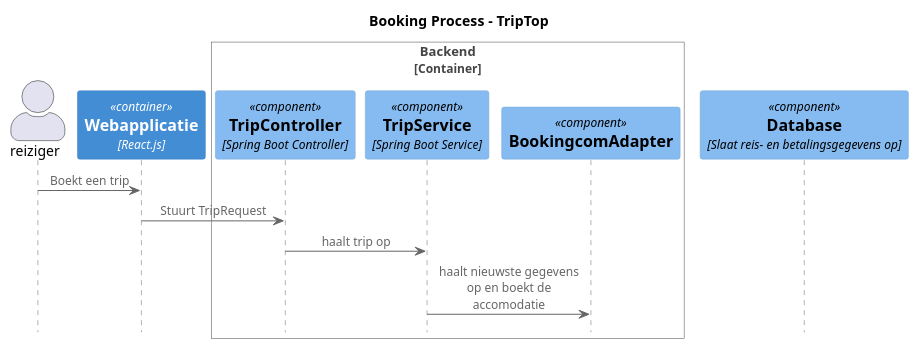
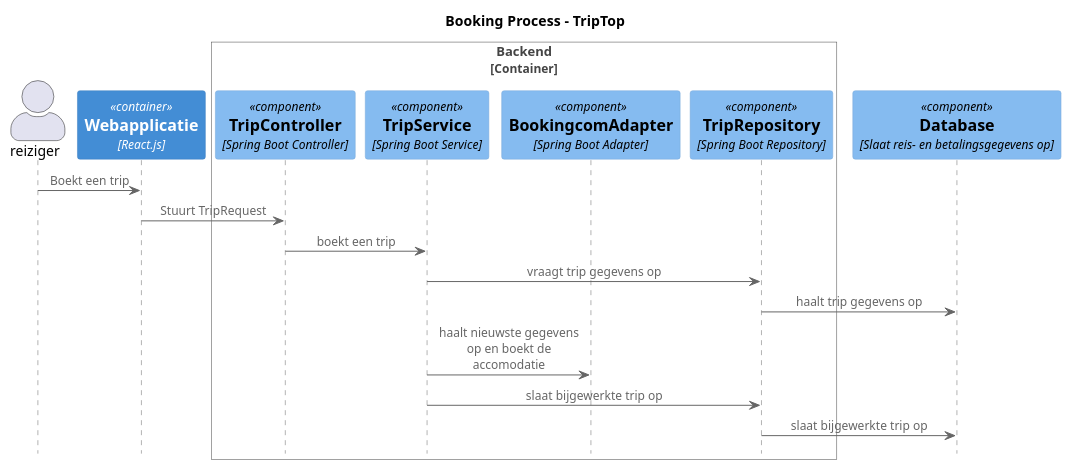
The diagram in eigen-bijdrage-siebe/DesignPattern/sequenceontwerpvraag.puml (AIM-ENE-feb25/triptop-livingin-s-pain-nouri-siebe-boris), drawn with PlantUML before and after one commit. The commit also changed 6 other files, not shown here.

```diff
--- a/eigen-bijdrage-siebe/DesignPattern/sequenceontwerpvraag.puml
+++ b/eigen-bijdrage-siebe/DesignPattern/sequenceontwerpvraag.puml
@@ -1,25 +1,30 @@
 @startuml
 !include https://raw.githubusercontent.com/plantuml-stdlib/C4-PlantUML/master/C4_Sequence.puml
 title Booking Process - TripTop
 
 actor reiziger
 
 
     Container(webApp, "Webapplicatie", "React.js", "Gebruikersinterface voor het plannen en beheren van reizen")
 
     Container_Boundary(cb, "Backend")
         Component(tripcontroller, "TripController", "Spring Boot Controller", "Ontvangt HTTP-verzoeken en verwerkt reisboekingen")
         Component(tripservice, "TripService", "Spring Boot Service", "Regelt de volledige afhandeling van boekingen en betalingen")
-        Component(bookingcomadapter, "BookingcomAdapter", "", "Slaat boekingsgegevens op in de database")
+        Component(bookingcomadapter, "BookingcomAdapter", "Spring Boot Adapter", "Regelt communicatie met Booking.com")
+        Component(triprepository, "TripRepository", "Spring Boot Repository", "Haalt boekingsgegevens op")
 
 Boundary_End()
 
 ComponentDb(db, "Database", "Slaat reis- en betalingsgegevens op")
 
 reiziger -> webApp: Boekt een trip
 webApp -> tripcontroller: Stuurt TripRequest
-tripcontroller -> tripservice: haalt trip op
+tripcontroller -> tripservice: boekt een trip
+tripservice -> triprepository: vraagt trip gegevens op
+triprepository -> db: haalt trip gegevens op
 tripservice -> bookingcomadapter: haalt nieuwste gegevens op en boekt de accomodatie
+tripservice -> triprepository: slaat bijgewerkte trip op
+triprepository -> db: slaat bijgewerkte trip op
 
 
 @enduml
```
